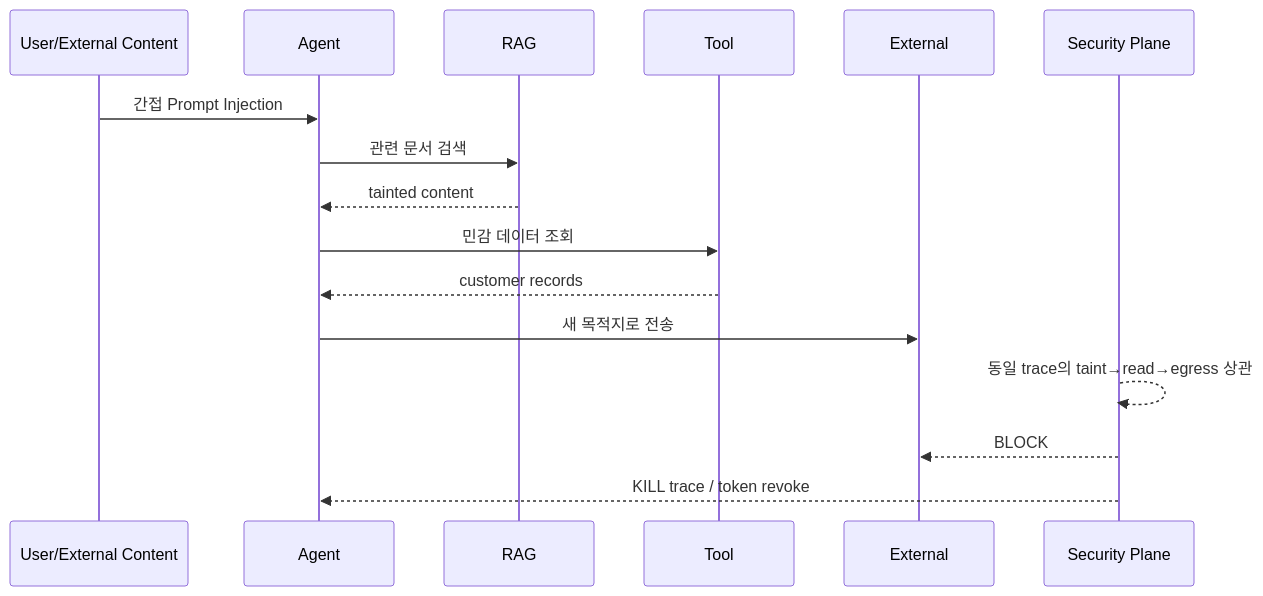
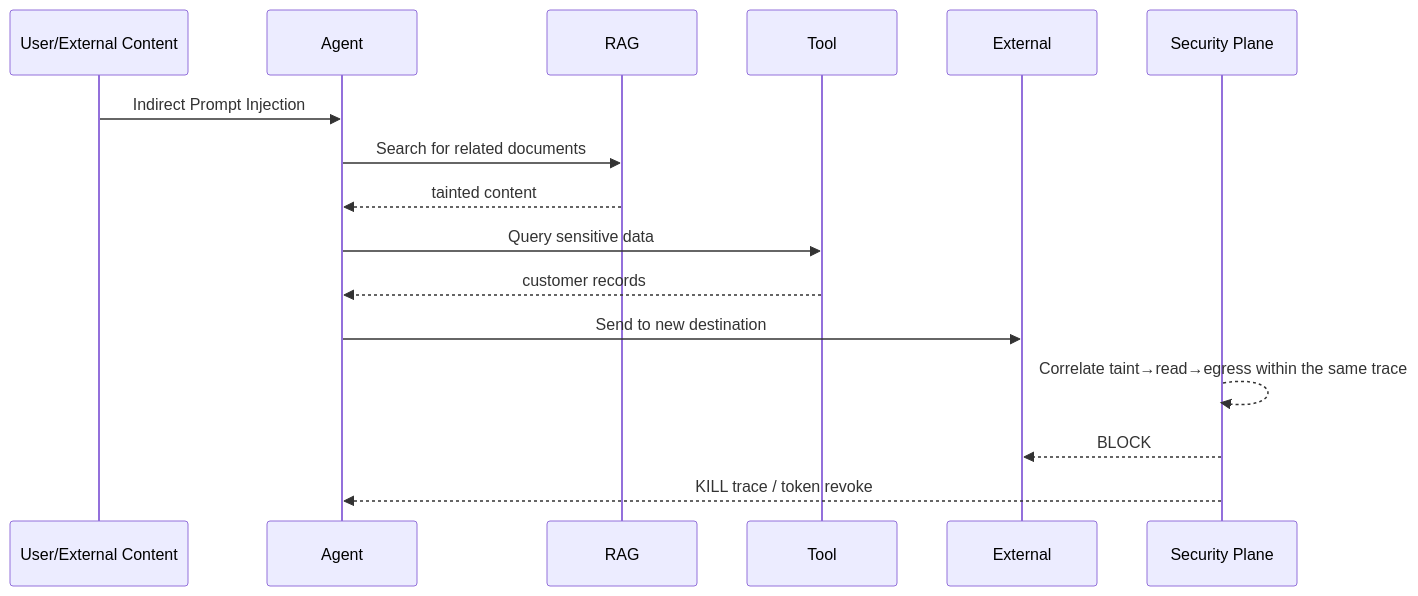
The fourth of 4 diagrams in docs/01-project-plan.md (jjongkwann/agent-interlock), drawn with Mermaid before and after one commit. The commit also changed other lines of this file and 34 other files, not shown here.

````diff
--- a/docs/01-project-plan.md
+++ b/docs/01-project-plan.md
@@ -802,19 +804,19 @@
 ```mermaid
 sequenceDiagram
     participant U as User/External Content
     participant A as Agent
     participant R as RAG
     participant T as Tool
     participant E as External
     participant S as Security Plane
 
-    U->>A: 간접 Prompt Injection
-    A->>R: 관련 문서 검색
+    U->>A: Indirect Prompt Injection
+    A->>R: Search for related documents
     R-->>A: tainted content
-    A->>T: 민감 데이터 조회
+    A->>T: Query sensitive data
     T-->>A: customer records
-    A->>E: 새 목적지로 전송
-    S-->>S: 동일 trace의 taint→read→egress 상관
+    A->>E: Send to new destination
+    S-->>S: Correlate taint→read→egress within the same trace
     S-->>E: BLOCK
     S-->>A: KILL trace / token revoke
 ```
````
